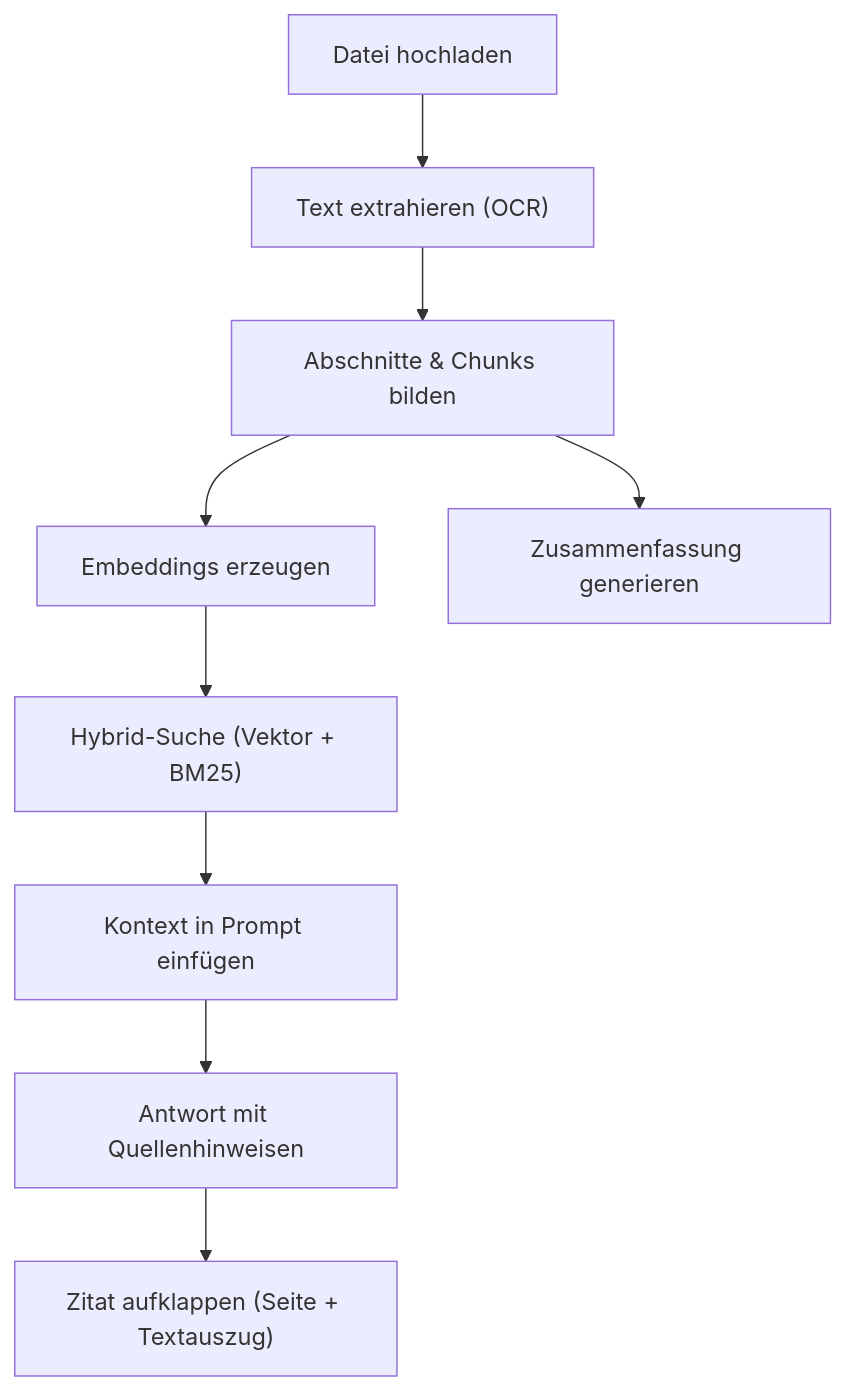
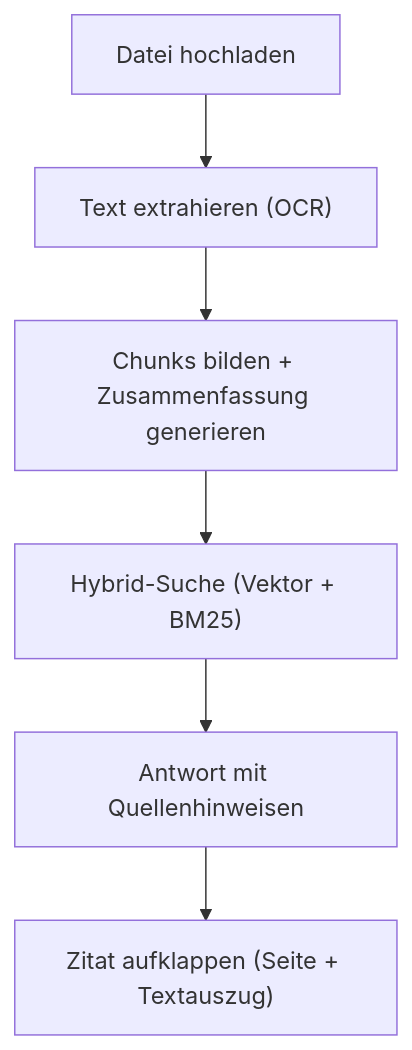
Before and after one commit to christian-rost/xqt5-ai-plattform: the third of 4 diagrams in docs/ANWENDER-DOKUMENT.md, drawn with Mermaid. The commit also changed other lines of this file and 2 other files, not shown here.

````diff
--- a/docs/ANWENDER-DOKUMENT.md
+++ b/docs/ANWENDER-DOKUMENT.md
@@ -109,11 +102,8 @@
 ```mermaid
 flowchart TD
     A["Datei hochladen"] --> B["Text extrahieren (OCR)"]
-    B --> C["Abschnitte & Chunks bilden"]
-    C --> D["Embeddings erzeugen"]
-    C --> E["Zusammenfassung generieren"]
-    D --> F["Hybrid-Suche (Vektor + BM25)"]
-    F --> G["Kontext in Prompt einfügen"]
-    G --> H["Antwort mit Quellenhinweisen"]
-    H --> I["Zitat aufklappen (Seite + Textauszug)"]
+    B --> C["Chunks bilden + Zusammenfassung generieren"]
+    C --> D["Hybrid-Suche (Vektor + BM25)"]
+    D --> E["Antwort mit Quellenhinweisen"]
+    E --> F["Zitat aufklappen (Seite + Textauszug)"]
 ```
````
